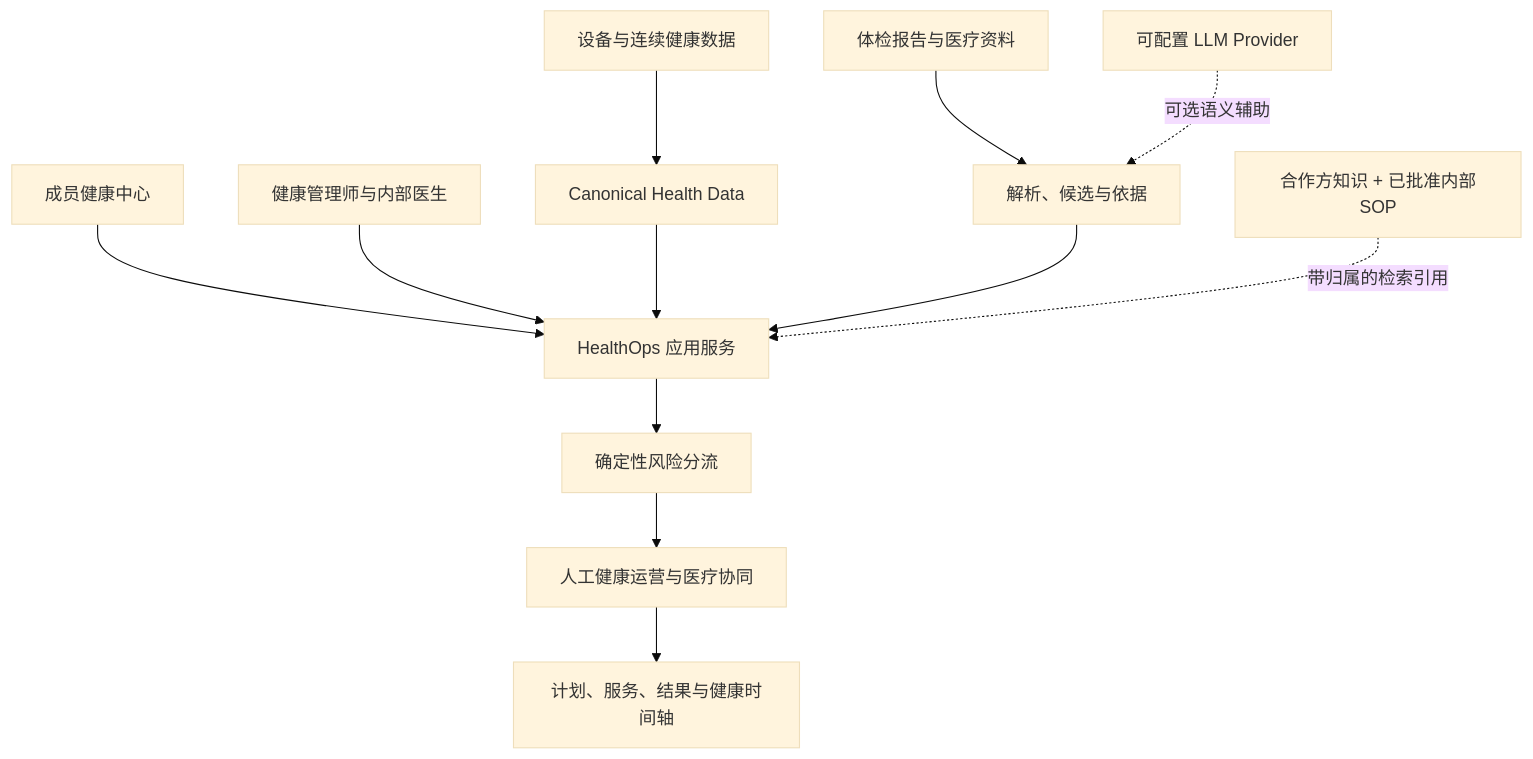
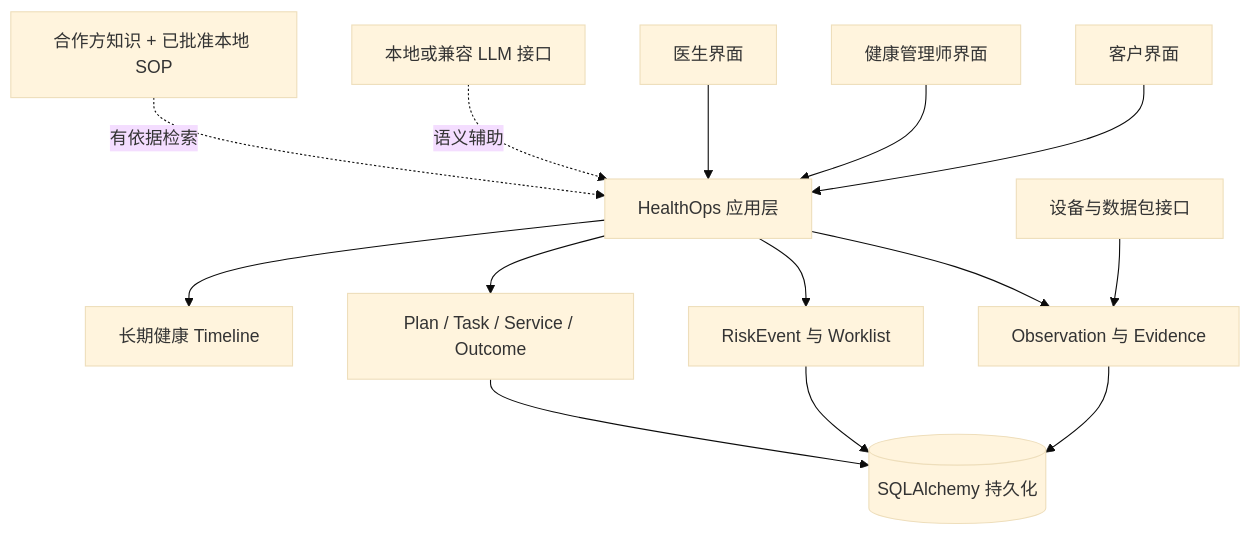
The second of 2 diagrams in README_zh.md (KaedeharaT/executive-healthops), drawn with Mermaid (base theme) before and after one commit. The commit also changed other lines of this file and 4 other files, not shown here.

Commit message:
docs: refresh Executive HealthOps GitHub portfolio

````diff
--- a/README_zh.md
+++ b/README_zh.md
@@ -124,14 +125,19 @@
 ```mermaid
 flowchart TB
-    M[成员健康中心] --> P[HealthOps 应用服务]
-    O[健康管理师与内部医生] --> P
-    D[设备与连续健康数据] --> C[Canonical Health Data]
-    R[体检报告与医疗资料] --> X[解析、候选与依据]
-    L[可配置 LLM Provider] -.可选语义辅助.-> X
-    C --> P
-    X --> P
-    P --> K[确定性风险分流]
-    K --> W[人工健康运营与医疗协同]
-    W --> T[计划、服务、结果与健康时间轴]
-    N[合作方知识 + 已批准内部SOP] -.带归属的检索引用.-> P
+    M[客户界面] --> A[HealthOps 应用层]
+    H[健康管理师界面] --> A
+    D[医生界面] --> A
+
+    A --> C[Observation 与 Evidence]
+    A --> R[RiskEvent 与 Worklist]
+    A --> W[Plan / Task / Service / Outcome]
+    A --> T[长期健康 Timeline]
+
+    C --> DB[(SQLAlchemy 持久化)]
+    R --> DB
+    W --> DB
+
+    AI[本地或兼容 LLM 接口] -.语义辅助.-> A
+    K[合作方知识 + 已批准本地 SOP] -.有依据检索.-> A
+    V[设备与数据包接口] --> C
 ```
````
